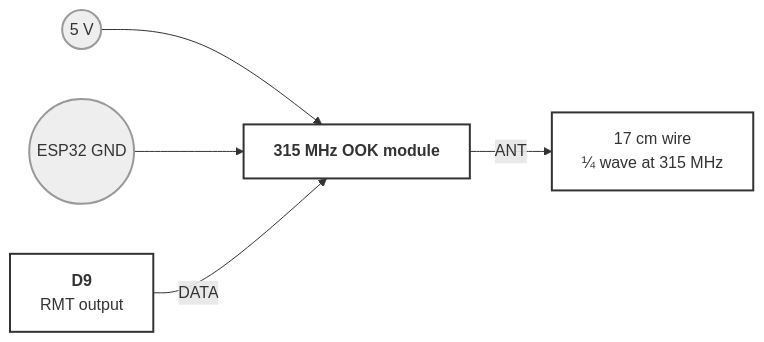
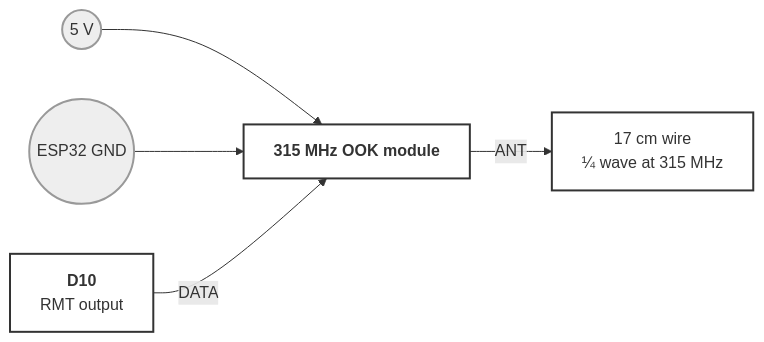
Before and after one commit to jeff-engineers/dustgate: the third of 4 diagrams in firmware/WIRING.md, drawn with Mermaid. The commit also changed other lines of this file and 3 other files, not shown here.

````diff
--- a/firmware/WIRING.md
+++ b/firmware/WIRING.md
@@ -1783,9 +1842,9 @@
 ```mermaid
 flowchart LR
   V5(("5 V")):::rail --> TX
   GE(("ESP32 GND")):::rail --> TX
-  D9["<b>D9</b><br/>RMT output"]:::node -- "DATA" --> TX["<b>315 MHz OOK module</b>"]:::node
+  D10["<b>D10</b><br/>RMT output"]:::node -- "DATA" --> TX["<b>315 MHz OOK module</b>"]:::node
   TX -- "ANT" --> ANT["17 cm wire<br/>¼ wave at 315 MHz"]:::node
   classDef rail fill:#eee,stroke:#999
   classDef node fill:#fff,stroke:#333,stroke-width:2px
 ```
````
